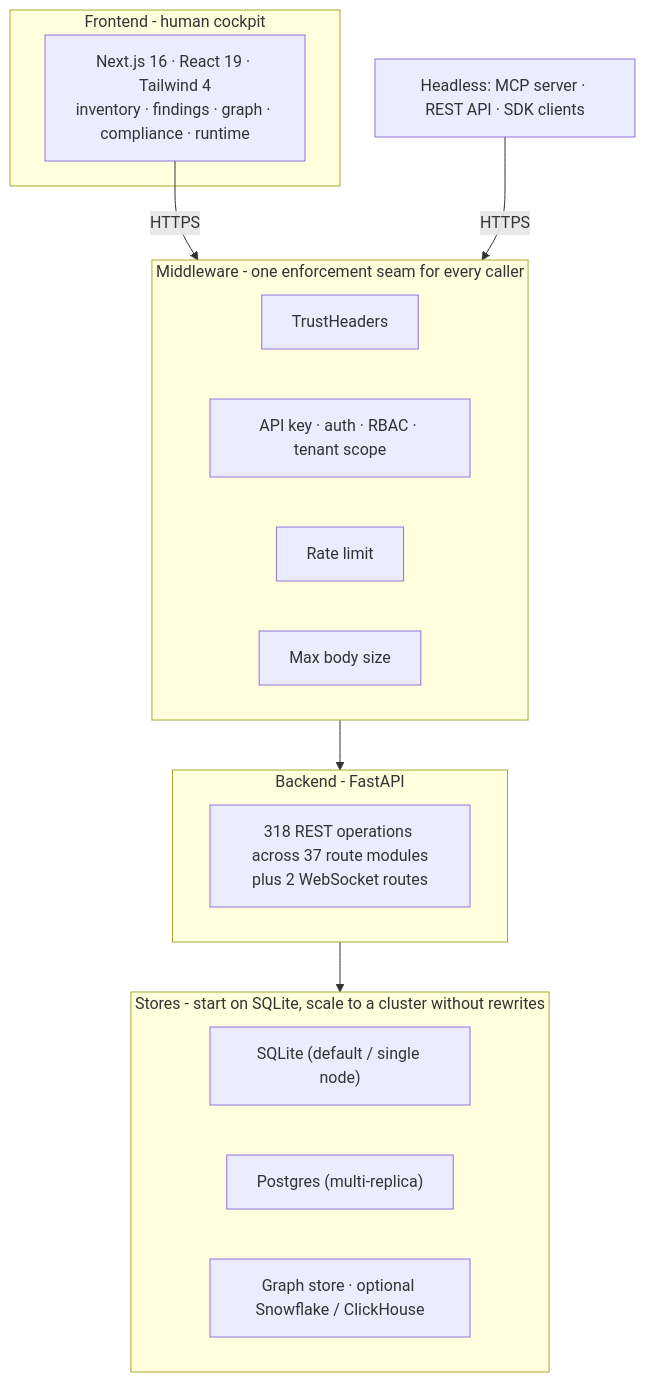
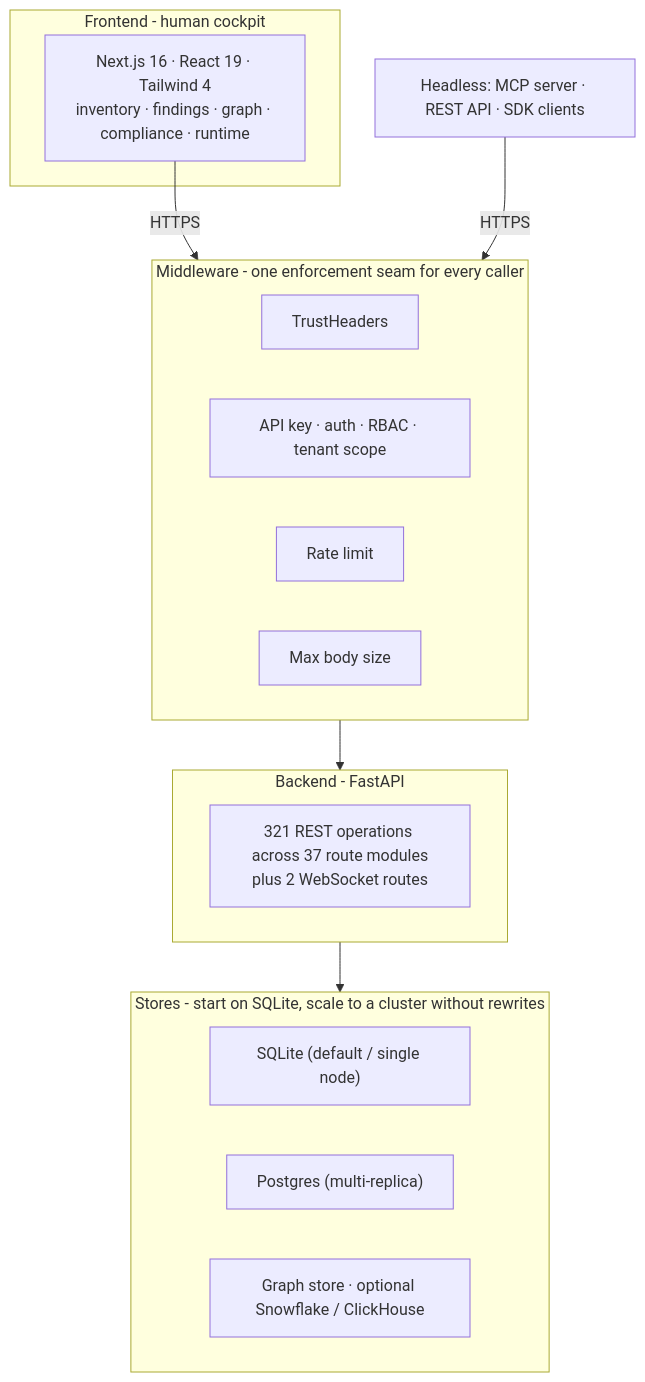
Before and after one commit to msaad00/agent-bom: the fourth of 9 diagrams in docs/ARCHITECTURE.md, drawn with Mermaid. The commit also changed 7 other files, not shown here.

Commit message:
fix(graph): register governance blueprint metadata

````diff
--- a/docs/ARCHITECTURE.md
+++ b/docs/ARCHITECTURE.md
@@ -146,26 +146,26 @@
 ```mermaid
 flowchart TB
     subgraph FE["Frontend - human cockpit"]
         UI["Next.js 16 · React 19 · Tailwind 4\ninventory · findings · graph · compliance · runtime"]
     end
     subgraph MW["Middleware - one enforcement seam for every caller"]
         M1["TrustHeaders"]
         M2["API key · auth · RBAC · tenant scope"]
         M3["Rate limit"]
         M4["Max body size"]
     end
     subgraph BE["Backend - FastAPI"]
-        R["318 REST operations across 37 route modules\nplus 2 WebSocket routes"]
+        R["321 REST operations across 37 route modules\nplus 2 WebSocket routes"]
     end
     subgraph ST["Stores - start on SQLite, scale to a cluster without rewrites"]
         S1["SQLite (default / single node)"]
         S2["Postgres (multi-replica)"]
         S3["Graph store · optional Snowflake / ClickHouse"]
     end
 
     EXTAGENT["Headless: MCP server · REST API · SDK clients"]
 
     UI -->|HTTPS| MW
     EXTAGENT -->|HTTPS| MW
     MW --> BE --> ST
 ```
````
